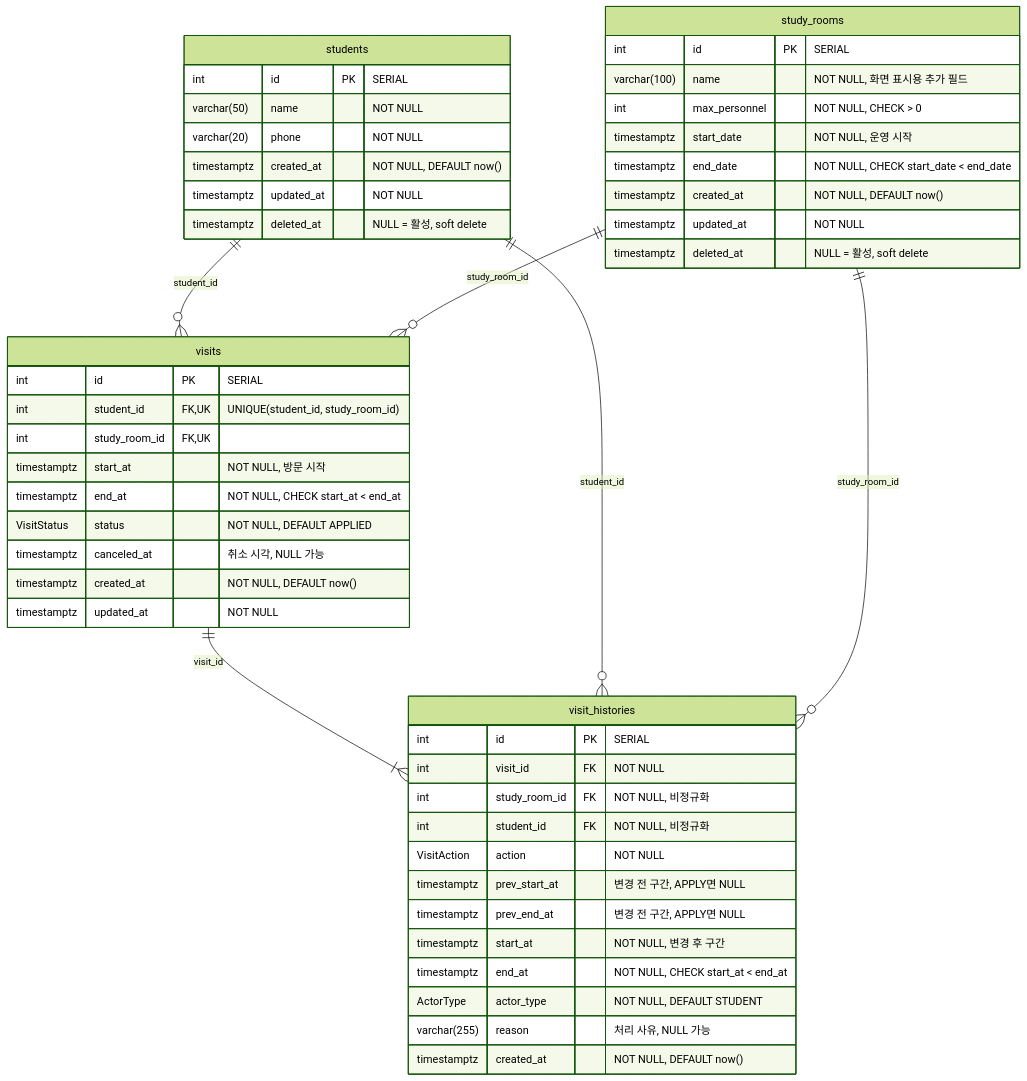
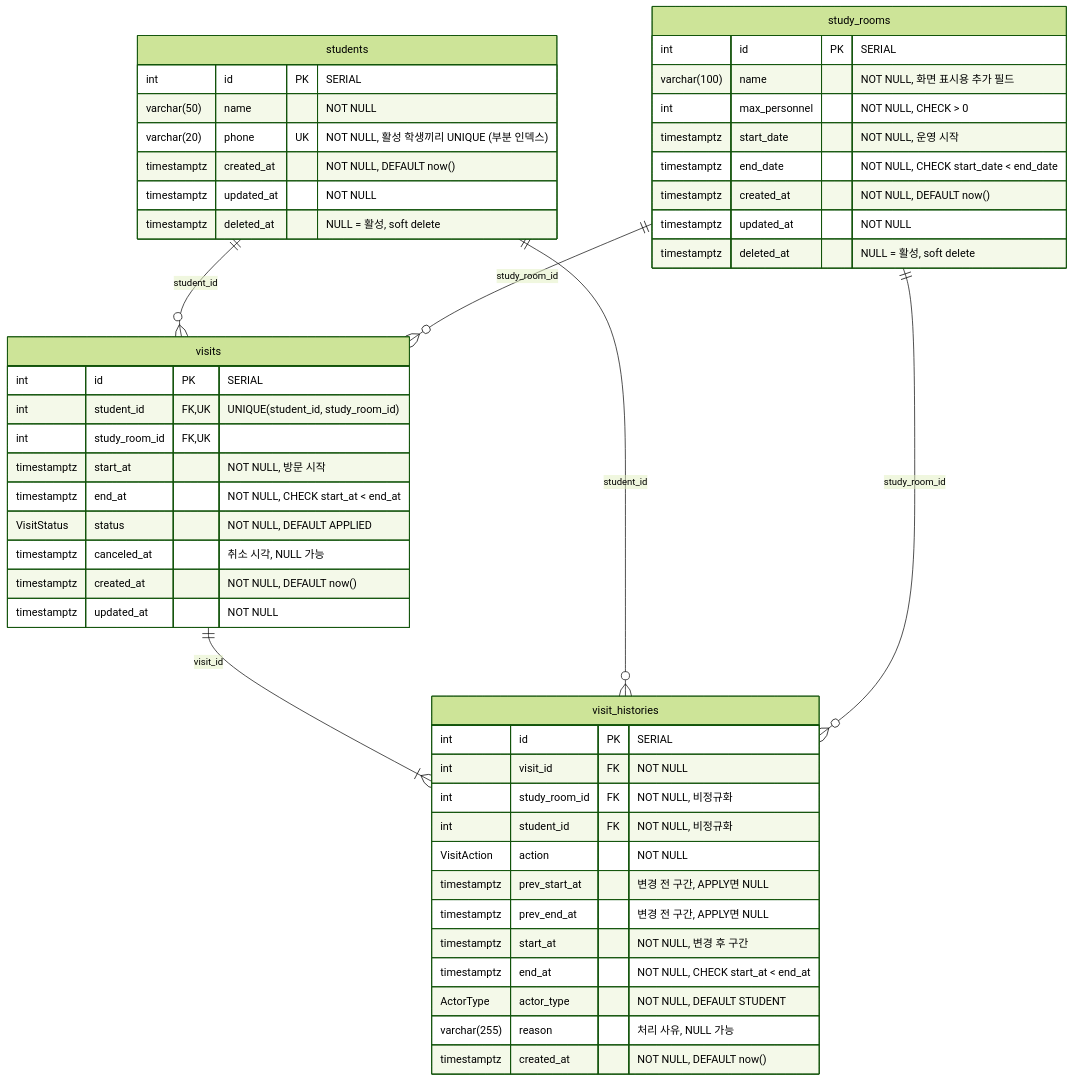
One commit to JungMINI-developer/hiconsy-task changed the second of 3 diagrams in docs/database.md. Above: the diagram before and after it, drawn with Mermaid (forest theme). The commit also changed other lines of this file and 2 other files, not shown here.

````diff
--- a/docs/database.md
+++ b/docs/database.md
@@ -27,55 +27,55 @@
 ```mermaid
 erDiagram
   students ||--o{ visits : "student_id"
   study_rooms ||--o{ visits : "study_room_id"
   visits ||--|{ visit_histories : "visit_id"
   students ||--o{ visit_histories : "student_id"
   study_rooms ||--o{ visit_histories : "study_room_id"
 
   students {
     int id PK "SERIAL"
     varchar(50) name "NOT NULL"
-    varchar(20) phone "NOT NULL"
+    varchar(20) phone UK "NOT NULL, 활성 학생끼리 UNIQUE (부분 인덱스)"
     timestamptz created_at "NOT NULL, DEFAULT now()"
     timestamptz updated_at "NOT NULL"
     timestamptz deleted_at "NULL = 활성, soft delete"
   }
 
   study_rooms {
     int id PK "SERIAL"
     varchar(100) name "NOT NULL, 화면 표시용 추가 필드"
     int max_personnel "NOT NULL, CHECK > 0"
     timestamptz start_date "NOT NULL, 운영 시작"
     timestamptz end_date "NOT NULL, CHECK start_date < end_date"
     timestamptz created_at "NOT NULL, DEFAULT now()"
     timestamptz updated_at "NOT NULL"
     timestamptz deleted_at "NULL = 활성, soft delete"
   }
 
   visits {
     int id PK "SERIAL"
     int student_id FK,UK "UNIQUE(student_id, study_room_id)"
     int study_room_id FK,UK
     timestamptz start_at "NOT NULL, 방문 시작"
     timestamptz end_at "NOT NULL, CHECK start_at < end_at"
     VisitStatus status "NOT NULL, DEFAULT APPLIED"
     timestamptz canceled_at "취소 시각, NULL 가능"
     timestamptz created_at "NOT NULL, DEFAULT now()"
     timestamptz updated_at "NOT NULL"
   }
 
   visit_histories {
     int id PK "SERIAL"
     int visit_id FK "NOT NULL"
     int study_room_id FK "NOT NULL, 비정규화"
     int student_id FK "NOT NULL, 비정규화"
     VisitAction action "NOT NULL"
     timestamptz prev_start_at "변경 전 구간, APPLY면 NULL"
     timestamptz prev_end_at "변경 전 구간, APPLY면 NULL"
     timestamptz start_at "NOT NULL, 변경 후 구간"
     timestamptz end_at "NOT NULL, CHECK start_at < end_at"
     ActorType actor_type "NOT NULL, DEFAULT STUDENT"
     varchar(255) reason "처리 사유, NULL 가능"
     timestamptz created_at "NOT NULL, DEFAULT now()"
   }
 ```
````
